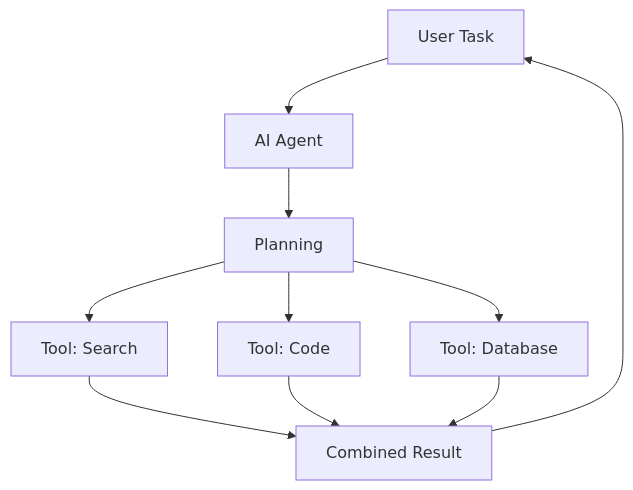
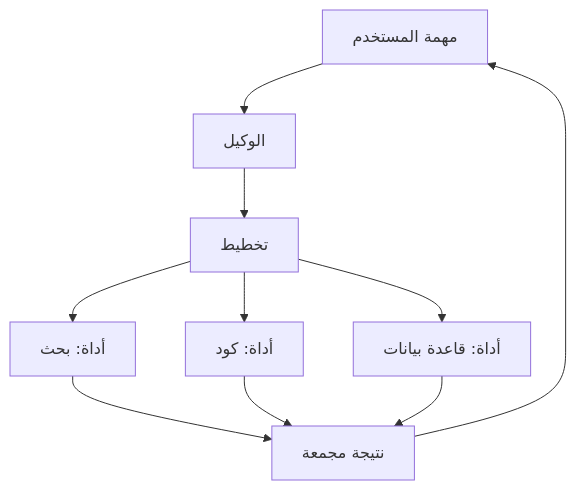
One commit to apexdataro-Fin/AEP changed the diagram in docs/lessons/27-ai-agents/01-ai-agents.md. Above: the diagram before and after it, drawn with Mermaid. The commit also changed other lines of this file and 32 other files, not shown here.

````diff
--- a/docs/lessons/27-ai-agents/01-ai-agents.md
+++ b/docs/lessons/27-ai-agents/01-ai-agents.md
@@ -17,12 +15,12 @@
 ```mermaid
 graph TD
-    User[User Task] --> Agent[AI Agent]
-    Agent --> Plan[Planning]
-    Plan --> Tool1[Tool: Search]
-    Plan --> Tool2[Tool: Code]
-    Plan --> Tool3[Tool: Database]
-    Tool1 --> Result[Combined Result]
+    User[مهمة المستخدم] --> Agent[الوكيل]
+    Agent --> Plan[تخطيط]
+    Plan --> Tool1[أداة: بحث]
+    Plan --> Tool2[أداة: كود]
+    Plan --> Tool3[أداة: قاعدة بيانات]
+    Tool1 --> Result[نتيجة مجمعة]
     Tool2 --> Result
     Tool3 --> Result
     Result --> User
 ```
````
